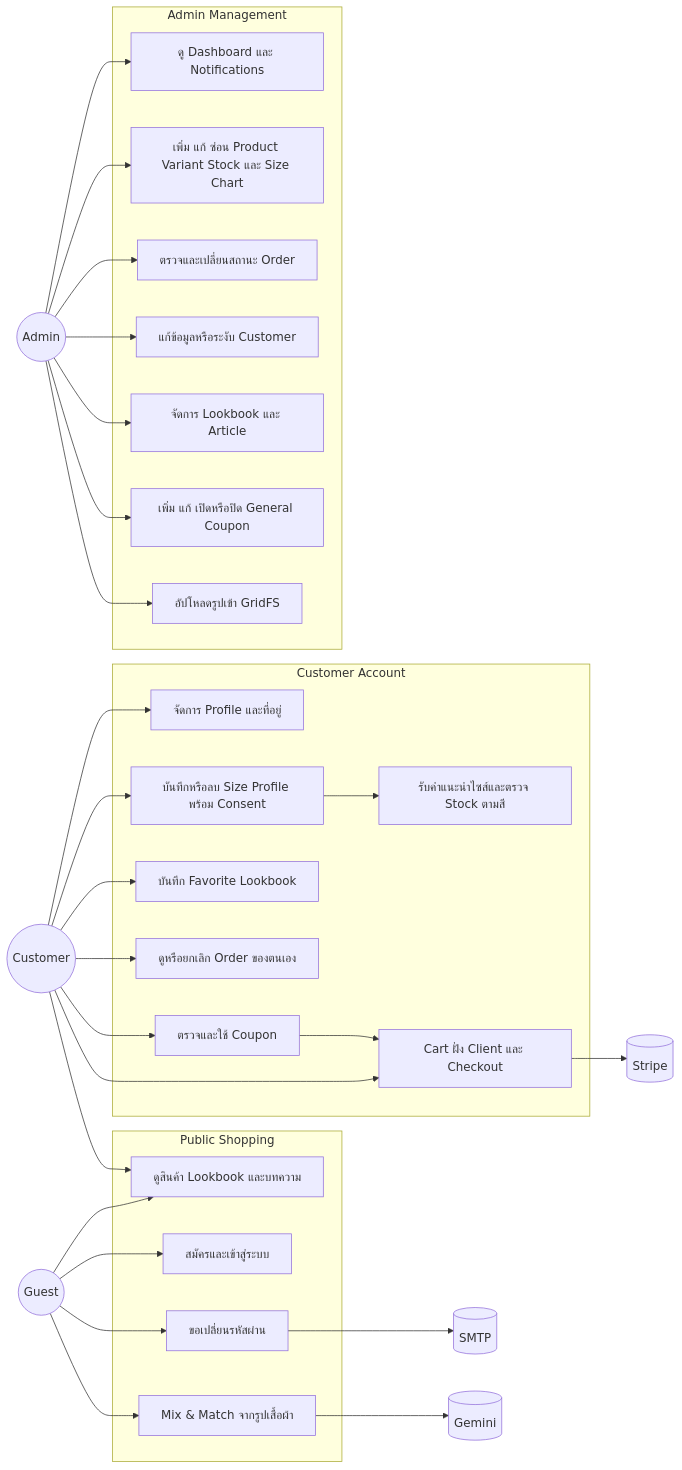
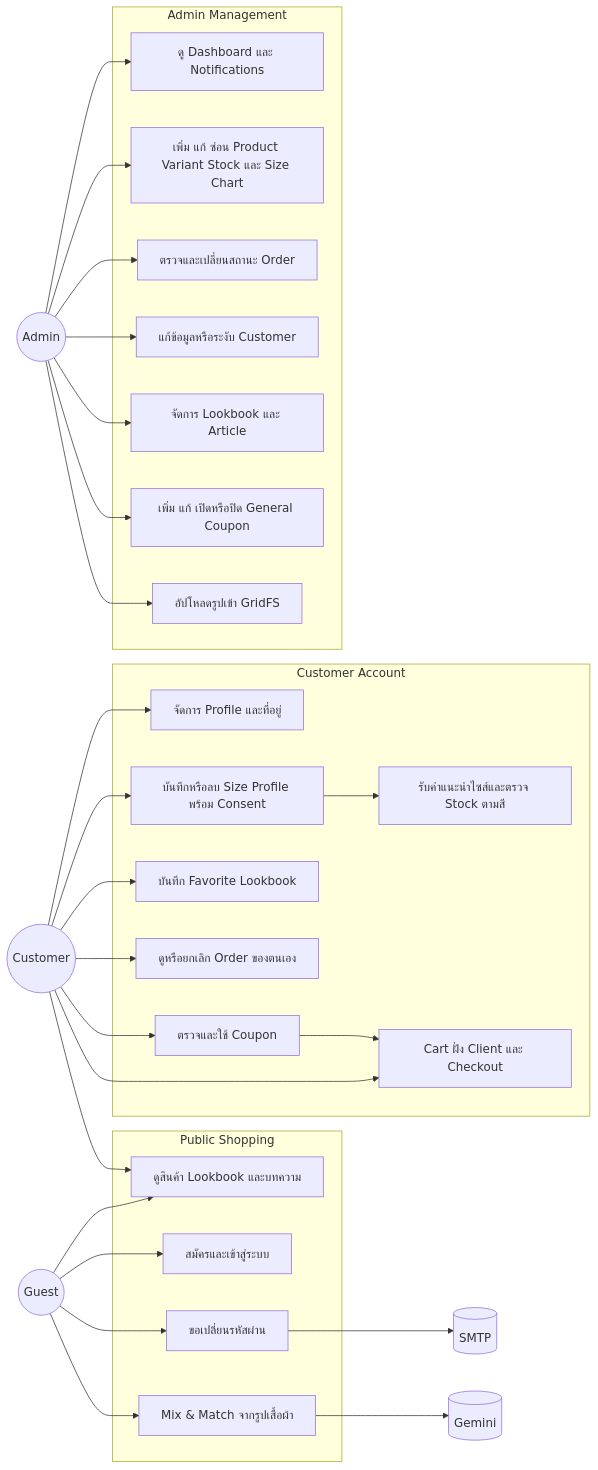
The diagram in docs/USE_CASE_DIAGRAM.md (Bell914/jsd13-group3-HydraRanger), drawn with Mermaid before and after one commit. The commit also changed 36 other files, not shown here.

Commit message:
Feat: Replace Stripe checkout with demo PromptPay QR and card payment

````diff
--- a/docs/USE_CASE_DIAGRAM.md
+++ b/docs/USE_CASE_DIAGRAM.md
@@ -5,55 +5,54 @@
 ```mermaid
 flowchart LR
     Guest((Guest))
     Customer((Customer))
     Admin((Admin))
     SMTP[(SMTP)]
-    Stripe[(Stripe)]
     Gemini[(Gemini)]
 
     subgraph Public[Public Shopping]
       Browse[ดูสินค้า Lookbook และบทความ]
       Register[สมัครและเข้าสู่ระบบ]
       Reset[ขอเปลี่ยนรหัสผ่าน]
       Mix[Mix & Match จากรูปเสื้อผ้า]
     end
 
     subgraph Member[Customer Account]
       Profile[จัดการ Profile และที่อยู่]
       SizeProfile[บันทึกหรือลบ Size Profile พร้อม Consent]
       Recommend[รับคำแนะนำไซส์และตรวจ Stock ตามสี]
       Favorite[บันทึก Favorite Lookbook]
       Checkout[Cart ฝั่ง Client และ Checkout]
       Order[ดูหรือยกเลิก Order ของตนเอง]
       Coupon[ตรวจและใช้ Coupon]
     end
 
     subgraph Backoffice[Admin Management]
       Dashboard[ดู Dashboard และ Notifications]
       Products[เพิ่ม แก้ ซ่อน Product Variant Stock และ Size Chart]
       Orders[ตรวจและเปลี่ยนสถานะ Order]
       Customers[แก้ข้อมูลหรือระงับ Customer]
       Content[จัดการ Lookbook และ Article]
       Coupons[เพิ่ม แก้ เปิดหรือปิด General Coupon]
       Upload[อัปโหลดรูปเข้า GridFS]
     end
 
     Guest --> Browse
     Guest --> Register
     Guest --> Reset --> SMTP
     Guest --> Mix --> Gemini
     Customer --> Browse
     Customer --> Profile
     Customer --> SizeProfile --> Recommend
     Customer --> Favorite
-    Customer --> Checkout --> Stripe
+    Customer --> Checkout
     Customer --> Order
     Customer --> Coupon --> Checkout
     Admin --> Dashboard
     Admin --> Products
     Admin --> Orders
     Admin --> Customers
     Admin --> Content
     Admin --> Coupons
     Admin --> Upload
 ```
````
